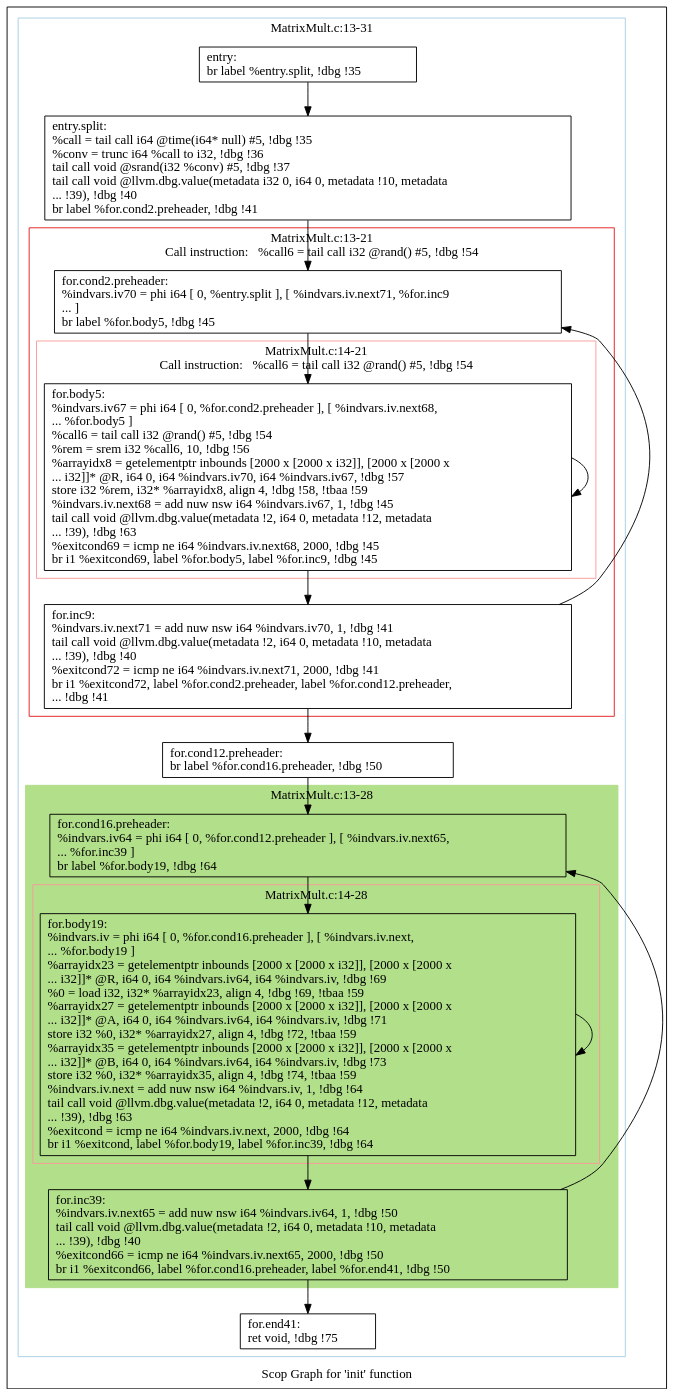
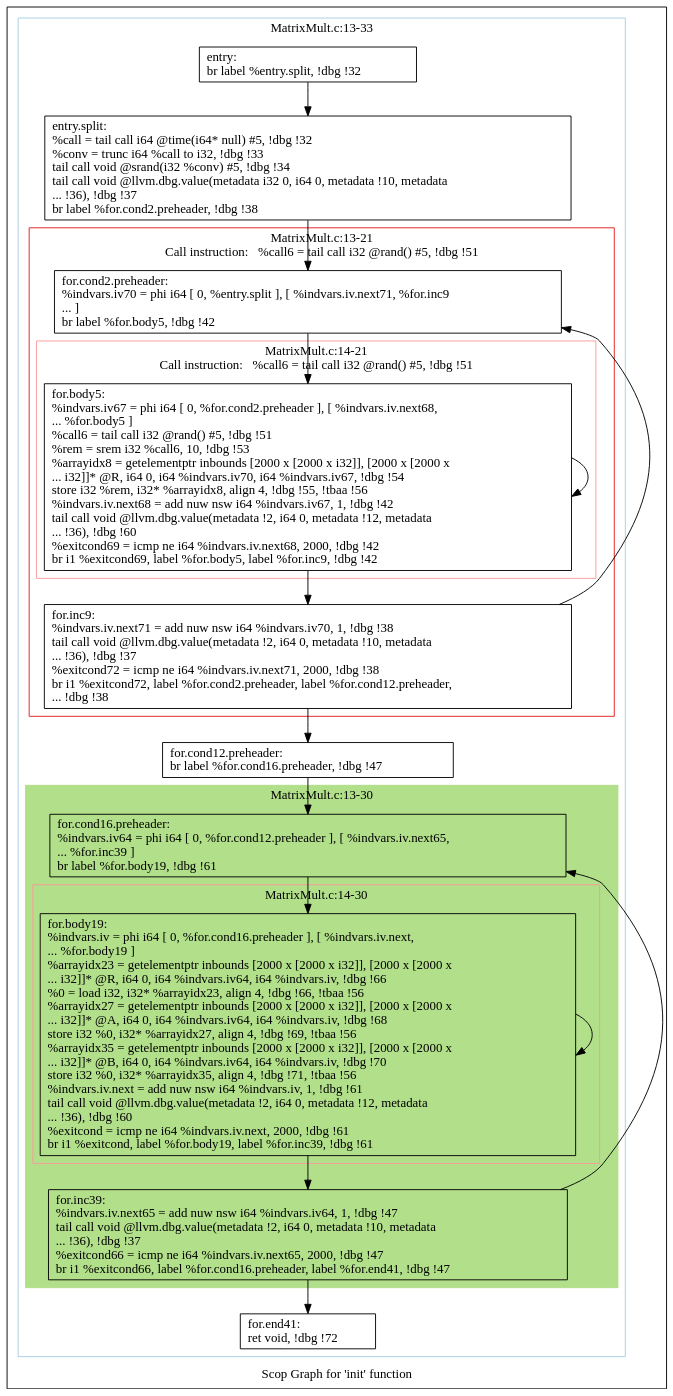
Before and after one commit to samminweng/WhileyOpenCL: the diagram in polly/MatrixMult/impl/handwritten/dot/scops.init.dot, drawn with Graphviz. The commit also changed 27 other files, not shown here.

Commit message:
Run MatrixMult Benchmark

```diff
--- a/polly/MatrixMult/impl/handwritten/dot/scops.init.dot
+++ b/polly/MatrixMult/impl/handwritten/dot/scops.init.dot
@@ -1,67 +1,67 @@
 digraph "Scop Graph for 'init' function" {
 	label="Scop Graph for 'init' function";
 
-	Node0x9a60510 [shape=record,label="{entry:\l  br label %entry.split, !dbg !35\l}"];
-	Node0x9a60510 -> Node0x999d9e0;
-	Node0x999d9e0 [shape=record,label="{entry.split:                                      \l  %call = tail call i64 @time(i64* null) #5, !dbg !35\l  %conv = trunc i64 %call to i32, !dbg !36\l  tail call void @srand(i32 %conv) #5, !dbg !37\l  tail call void @llvm.dbg.value(metadata i32 0, i64 0, metadata !10, metadata\l... !39), !dbg !40\l  br label %for.cond2.preheader, !dbg !41\l}"];
-	Node0x999d9e0 -> Node0x999e360;
-	Node0x999e360 [shape=record,label="{for.cond2.preheader:                              \l  %indvars.iv70 = phi i64 [ 0, %entry.split ], [ %indvars.iv.next71, %for.inc9\l... ]\l  br label %for.body5, !dbg !45\l}"];
-	Node0x999e360 -> Node0x99950f0;
-	Node0x99950f0 [shape=record,label="{for.body5:                                        \l  %indvars.iv67 = phi i64 [ 0, %for.cond2.preheader ], [ %indvars.iv.next68,\l... %for.body5 ]\l  %call6 = tail call i32 @rand() #5, !dbg !54\l  %rem = srem i32 %call6, 10, !dbg !56\l  %arrayidx8 = getelementptr inbounds [2000 x [2000 x i32]], [2000 x [2000 x\l... i32]]* @R, i64 0, i64 %indvars.iv70, i64 %indvars.iv67, !dbg !57\l  store i32 %rem, i32* %arrayidx8, align 4, !dbg !58, !tbaa !59\l  %indvars.iv.next68 = add nuw nsw i64 %indvars.iv67, 1, !dbg !45\l  tail call void @llvm.dbg.value(metadata !2, i64 0, metadata !12, metadata\l... !39), !dbg !63\l  %exitcond69 = icmp ne i64 %indvars.iv.next68, 2000, !dbg !45\l  br i1 %exitcond69, label %for.body5, label %for.inc9, !dbg !45\l}"];
-	Node0x99950f0 -> Node0x99950f0[constraint=false];
-	Node0x99950f0 -> Node0x999e2e0;
-	Node0x999e2e0 [shape=record,label="{for.inc9:                                         \l  %indvars.iv.next71 = add nuw nsw i64 %indvars.iv70, 1, !dbg !41\l  tail call void @llvm.dbg.value(metadata !2, i64 0, metadata !10, metadata\l... !39), !dbg !40\l  %exitcond72 = icmp ne i64 %indvars.iv.next71, 2000, !dbg !41\l  br i1 %exitcond72, label %for.cond2.preheader, label %for.cond12.preheader,\l... !dbg !41\l}"];
-	Node0x999e2e0 -> Node0x999e360[constraint=false];
-	Node0x999e2e0 -> Node0x999e0f0;
-	Node0x999e0f0 [shape=record,label="{for.cond12.preheader:                             \l  br label %for.cond16.preheader, !dbg !50\l}"];
-	Node0x999e0f0 -> Node0x9995110;
-	Node0x9995110 [shape=record,label="{for.cond16.preheader:                             \l  %indvars.iv64 = phi i64 [ 0, %for.cond12.preheader ], [ %indvars.iv.next65,\l... %for.inc39 ]\l  br label %for.body19, !dbg !64\l}"];
-	Node0x9995110 -> Node0x9990520;
-	Node0x9990520 [shape=record,label="{for.body19:                                       \l  %indvars.iv = phi i64 [ 0, %for.cond16.preheader ], [ %indvars.iv.next,\l... %for.body19 ]\l  %arrayidx23 = getelementptr inbounds [2000 x [2000 x i32]], [2000 x [2000 x\l... i32]]* @R, i64 0, i64 %indvars.iv64, i64 %indvars.iv, !dbg !69\l  %0 = load i32, i32* %arrayidx23, align 4, !dbg !69, !tbaa !59\l  %arrayidx27 = getelementptr inbounds [2000 x [2000 x i32]], [2000 x [2000 x\l... i32]]* @A, i64 0, i64 %indvars.iv64, i64 %indvars.iv, !dbg !71\l  store i32 %0, i32* %arrayidx27, align 4, !dbg !72, !tbaa !59\l  %arrayidx35 = getelementptr inbounds [2000 x [2000 x i32]], [2000 x [2000 x\l... i32]]* @B, i64 0, i64 %indvars.iv64, i64 %indvars.iv, !dbg !73\l  store i32 %0, i32* %arrayidx35, align 4, !dbg !74, !tbaa !59\l  %indvars.iv.next = add nuw nsw i64 %indvars.iv, 1, !dbg !64\l  tail call void @llvm.dbg.value(metadata !2, i64 0, metadata !12, metadata\l... !39), !dbg !63\l  %exitcond = icmp ne i64 %indvars.iv.next, 2000, !dbg !64\l  br i1 %exitcond, label %for.body19, label %for.inc39, !dbg !64\l}"];
-	Node0x9990520 -> Node0x9990520[constraint=false];
-	Node0x9990520 -> Node0x9a411b0;
-	Node0x9a411b0 [shape=record,label="{for.inc39:                                        \l  %indvars.iv.next65 = add nuw nsw i64 %indvars.iv64, 1, !dbg !50\l  tail call void @llvm.dbg.value(metadata !2, i64 0, metadata !10, metadata\l... !39), !dbg !40\l  %exitcond66 = icmp ne i64 %indvars.iv.next65, 2000, !dbg !50\l  br i1 %exitcond66, label %for.cond16.preheader, label %for.end41, !dbg !50\l}"];
-	Node0x9a411b0 -> Node0x9995110[constraint=false];
-	Node0x9a411b0 -> Node0x99903d0;
-	Node0x99903d0 [shape=record,label="{for.end41:                                        \l  ret void, !dbg !75\l}"];
+	Node0xad9c200 [shape=record,label="{entry:\l  br label %entry.split, !dbg !32\l}"];
+	Node0xad9c200 -> Node0xae5fe30;
+	Node0xae5fe30 [shape=record,label="{entry.split:                                      \l  %call = tail call i64 @time(i64* null) #5, !dbg !32\l  %conv = trunc i64 %call to i32, !dbg !33\l  tail call void @srand(i32 %conv) #5, !dbg !34\l  tail call void @llvm.dbg.value(metadata i32 0, i64 0, metadata !10, metadata\l... !36), !dbg !37\l  br label %for.cond2.preheader, !dbg !38\l}"];
+	Node0xae5fe30 -> Node0xae5fdb0;
+	Node0xae5fdb0 [shape=record,label="{for.cond2.preheader:                              \l  %indvars.iv70 = phi i64 [ 0, %entry.split ], [ %indvars.iv.next71, %for.inc9\l... ]\l  br label %for.body5, !dbg !42\l}"];
+	Node0xae5fdb0 -> Node0xae5fde0;
+	Node0xae5fde0 [shape=record,label="{for.body5:                                        \l  %indvars.iv67 = phi i64 [ 0, %for.cond2.preheader ], [ %indvars.iv.next68,\l... %for.body5 ]\l  %call6 = tail call i32 @rand() #5, !dbg !51\l  %rem = srem i32 %call6, 10, !dbg !53\l  %arrayidx8 = getelementptr inbounds [2000 x [2000 x i32]], [2000 x [2000 x\l... i32]]* @R, i64 0, i64 %indvars.iv70, i64 %indvars.iv67, !dbg !54\l  store i32 %rem, i32* %arrayidx8, align 4, !dbg !55, !tbaa !56\l  %indvars.iv.next68 = add nuw nsw i64 %indvars.iv67, 1, !dbg !42\l  tail call void @llvm.dbg.value(metadata !2, i64 0, metadata !12, metadata\l... !36), !dbg !60\l  %exitcond69 = icmp ne i64 %indvars.iv.next68, 2000, !dbg !42\l  br i1 %exitcond69, label %for.body5, label %for.inc9, !dbg !42\l}"];
+	Node0xae5fde0 -> Node0xae5fde0[constraint=false];
+	Node0xae5fde0 -> Node0xae40940;
+	Node0xae40940 [shape=record,label="{for.inc9:                                         \l  %indvars.iv.next71 = add nuw nsw i64 %indvars.iv70, 1, !dbg !38\l  tail call void @llvm.dbg.value(metadata !2, i64 0, metadata !10, metadata\l... !36), !dbg !37\l  %exitcond72 = icmp ne i64 %indvars.iv.next71, 2000, !dbg !38\l  br i1 %exitcond72, label %for.cond2.preheader, label %for.cond12.preheader,\l... !dbg !38\l}"];
+	Node0xae40940 -> Node0xae5fdb0[constraint=false];
+	Node0xae40940 -> Node0xae27890;
+	Node0xae27890 [shape=record,label="{for.cond12.preheader:                             \l  br label %for.cond16.preheader, !dbg !47\l}"];
+	Node0xae27890 -> Node0xae5fe00;
+	Node0xae5fe00 [shape=record,label="{for.cond16.preheader:                             \l  %indvars.iv64 = phi i64 [ 0, %for.cond12.preheader ], [ %indvars.iv.next65,\l... %for.inc39 ]\l  br label %for.body19, !dbg !61\l}"];
+	Node0xae5fe00 -> Node0xae40960;
+	Node0xae40960 [shape=record,label="{for.body19:                                       \l  %indvars.iv = phi i64 [ 0, %for.cond16.preheader ], [ %indvars.iv.next,\l... %for.body19 ]\l  %arrayidx23 = getelementptr inbounds [2000 x [2000 x i32]], [2000 x [2000 x\l... i32]]* @R, i64 0, i64 %indvars.iv64, i64 %indvars.iv, !dbg !66\l  %0 = load i32, i32* %arrayidx23, align 4, !dbg !66, !tbaa !56\l  %arrayidx27 = getelementptr inbounds [2000 x [2000 x i32]], [2000 x [2000 x\l... i32]]* @A, i64 0, i64 %indvars.iv64, i64 %indvars.iv, !dbg !68\l  store i32 %0, i32* %arrayidx27, align 4, !dbg !69, !tbaa !56\l  %arrayidx35 = getelementptr inbounds [2000 x [2000 x i32]], [2000 x [2000 x\l... i32]]* @B, i64 0, i64 %indvars.iv64, i64 %indvars.iv, !dbg !70\l  store i32 %0, i32* %arrayidx35, align 4, !dbg !71, !tbaa !56\l  %indvars.iv.next = add nuw nsw i64 %indvars.iv, 1, !dbg !61\l  tail call void @llvm.dbg.value(metadata !2, i64 0, metadata !12, metadata\l... !36), !dbg !60\l  %exitcond = icmp ne i64 %indvars.iv.next, 2000, !dbg !61\l  br i1 %exitcond, label %for.body19, label %for.inc39, !dbg !61\l}"];
+	Node0xae40960 -> Node0xae40960[constraint=false];
+	Node0xae40960 -> Node0xae45230;
+	Node0xae45230 [shape=record,label="{for.inc39:                                        \l  %indvars.iv.next65 = add nuw nsw i64 %indvars.iv64, 1, !dbg !47\l  tail call void @llvm.dbg.value(metadata !2, i64 0, metadata !10, metadata\l... !36), !dbg !37\l  %exitcond66 = icmp ne i64 %indvars.iv.next65, 2000, !dbg !47\l  br i1 %exitcond66, label %for.cond16.preheader, label %for.end41, !dbg !47\l}"];
+	Node0xae45230 -> Node0xae5fe00[constraint=false];
+	Node0xae45230 -> Node0xae27780;
+	Node0xae27780 [shape=record,label="{for.end41:                                        \l  ret void, !dbg !72\l}"];
 	colorscheme = "paired12"
-        subgraph cluster_0x999b4f0 {
-          label = "MatrixMult.c:13-31
+        subgraph cluster_0xae3efc0 {
+          label = "MatrixMult.c:13-33
 ";
           style = solid;
           color = 1
-          subgraph cluster_0x999d910 {
+          subgraph cluster_0xad9b1f0 {
             label = "MatrixMult.c:13-21
-Call instruction:   %call6 = tail call i32 @rand() #5, !dbg !54";
+Call instruction:   %call6 = tail call i32 @rand() #5, !dbg !51";
             style = solid;
             color = 6
-            subgraph cluster_0x99a3db0 {
+            subgraph cluster_0xad9caf0 {
               label = "MatrixMult.c:14-21
-Call instruction:   %call6 = tail call i32 @rand() #5, !dbg !54";
+Call instruction:   %call6 = tail call i32 @rand() #5, !dbg !51";
               style = solid;
               color = 5
-              Node0x99950f0;
+              Node0xae5fde0;
             }
-            Node0x999e360;
-            Node0x999e2e0;
+            Node0xae5fdb0;
+            Node0xae40940;
           }
-          subgraph cluster_0x999ae50 {
-            label = "MatrixMult.c:13-28
+          subgraph cluster_0xad9f3f0 {
+            label = "MatrixMult.c:13-30
 ";
             style = filled;
-            color = 3            subgraph cluster_0x999cab0 {
-              label = "MatrixMult.c:14-28
+            color = 3            subgraph cluster_0xae3f440 {
+              label = "MatrixMult.c:14-30
 ";
               style = solid;
               color = 5
-              Node0x9990520;
+              Node0xae40960;
             }
-            Node0x9995110;
-            Node0x9a411b0;
+            Node0xae5fe00;
+            Node0xae45230;
           }
-          Node0x9a60510;
-          Node0x999d9e0;
-          Node0x999e0f0;
-          Node0x99903d0;
+          Node0xad9c200;
+          Node0xae5fe30;
+          Node0xae27890;
+          Node0xae27780;
         }
 }
```
